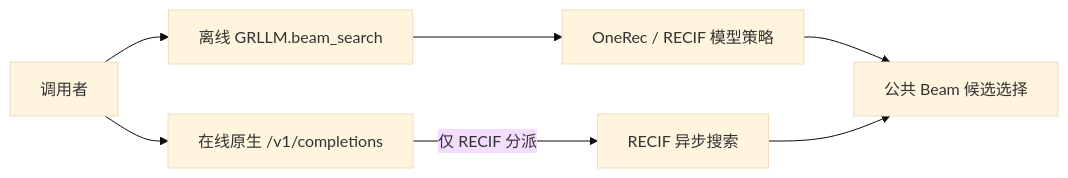
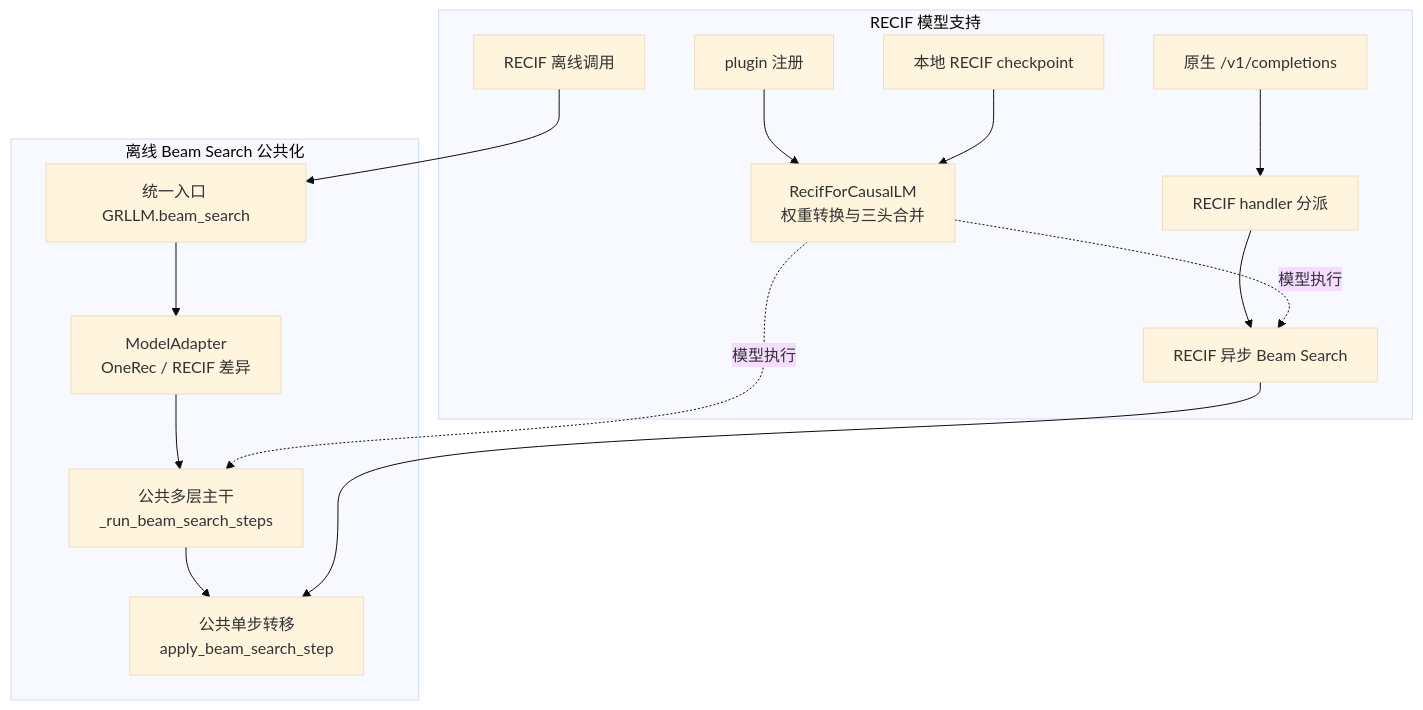
The first of 9 diagrams in PR说明文档.md (ZhiYunpenghuawei/p1), drawn with Mermaid (base theme) before and after one commit. The commit also changed other lines of this file, not shown here.

````diff
--- a/PR说明文档.md
+++ b/PR说明文档.md
@@ -26,16 +29,33 @@
 ```mermaid
-flowchart LR
-    Caller[调用者]
-    Offline[离线 GRLLM.beam_search]
-    Online[在线原生 /v1/completions]
-    Adapter[OneRec / RECIF 模型策略]
-    RecifOnline[RECIF 异步搜索]
-    Shared[公共 Beam 候选选择]
+flowchart TB
+    subgraph OfflineRefactor[离线 Beam Search 公共化]
+        Entry[统一入口 GRLLM.beam_search]
+        Adapter[ModelAdapter<br/>OneRec / RECIF 差异]
+        Trunk[公共多层主干<br/>_run_beam_search_steps]
+        Step[公共单步转移<br/>apply_beam_search_step]
 
-    Caller --> Offline
-    Caller --> Online
-    Offline --> Adapter
-    Adapter --> Shared
-    Online -->|仅 RECIF 分派| RecifOnline
-    RecifOnline --> Shared
+        Entry --> Adapter
+        Adapter --> Trunk
+        Trunk --> Step
+    end
+
+    subgraph RecifSupport[RECIF 模型支持]
+        Plugin[plugin 注册]
+        Checkpoint[本地 RECIF checkpoint]
+        Model[RecifForCausalLM<br/>权重转换与三头合并]
+        OfflineCall[RECIF 离线调用]
+        NativeAPI[原生 /v1/completions]
+        Handler[RECIF handler 分派]
+        AsyncSearch[RECIF 异步 Beam Search]
+
+        Plugin --> Model
+        Checkpoint --> Model
+        OfflineCall --> Entry
+        NativeAPI --> Handler
+        Handler --> AsyncSearch
+    end
+
+    Model -.模型执行.-> Trunk
+    Model -.模型执行.-> AsyncSearch
+    AsyncSearch --> Step
 ```
````
